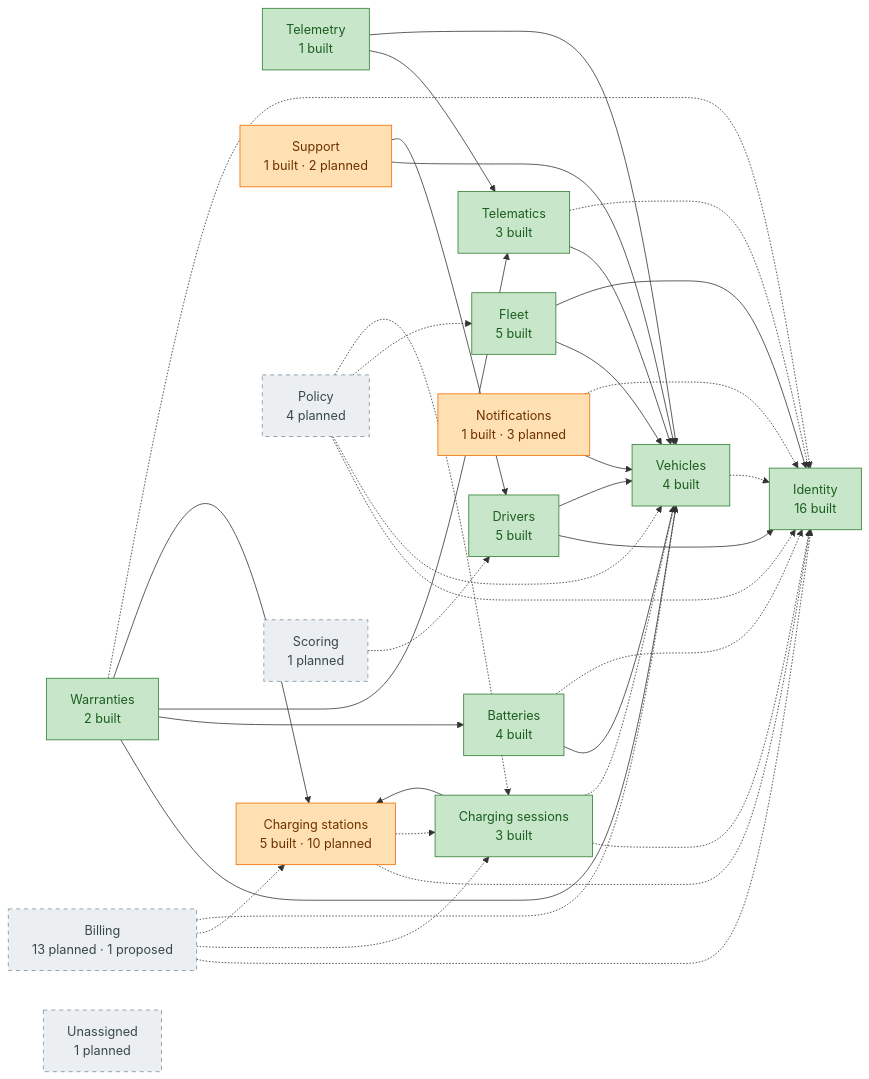
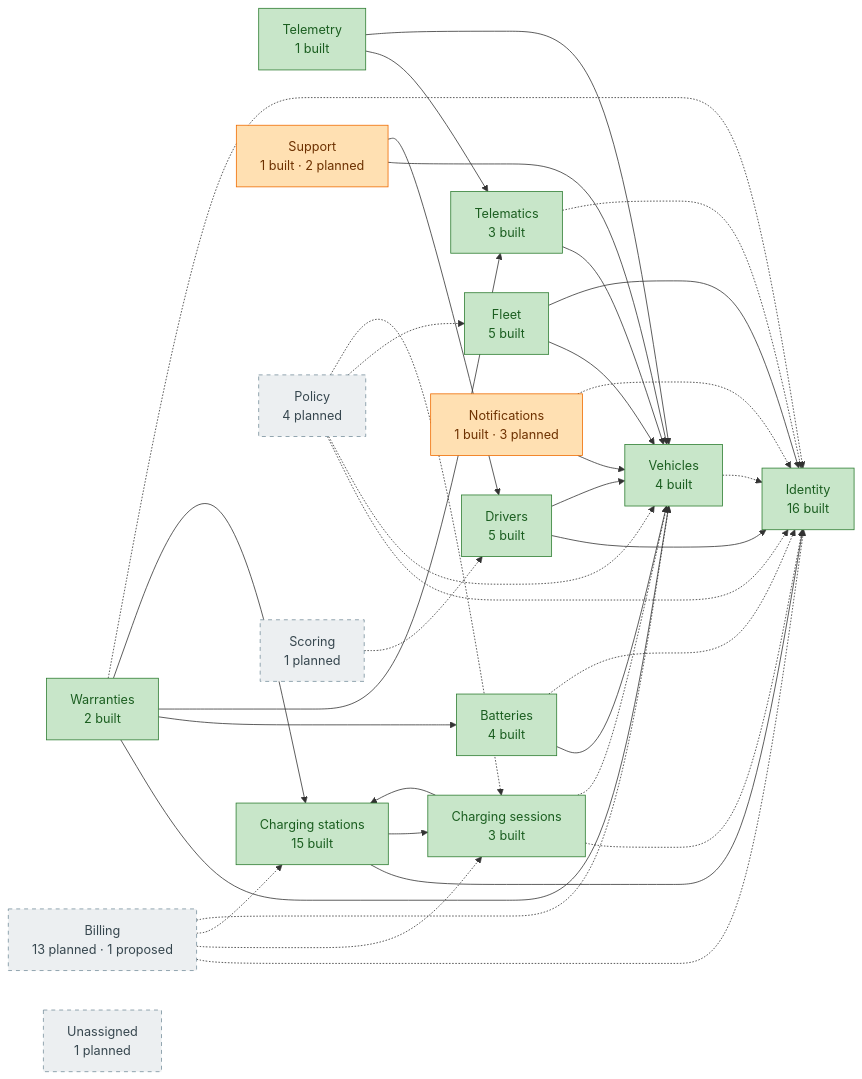
Before and after one commit to yolo-coccoc/G3Network-app: the diagram in docs/design/domain-model/overview.md, drawn with Mermaid. The commit also changed other lines of this file and 46 other files, not shown here.

First line of the commit message:
feat(charging-stations): build the stations group and the command channel (WP1)

````diff
--- a/docs/design/domain-model/overview.md
+++ b/docs/design/domain-model/overview.md
@@ -28,56 +28,56 @@
 ```mermaid
 flowchart LR
   identity["Identity<br/>16 built"]:::built
   vehicles["Vehicles<br/>4 built"]:::built
   batteries["Batteries<br/>4 built"]:::built
   warranties["Warranties<br/>2 built"]:::built
   telematics["Telematics<br/>3 built"]:::built
   telemetry["Telemetry<br/>1 built"]:::built
   drivers["Drivers<br/>5 built"]:::built
   fleet["Fleet<br/>5 built"]:::built
-  charging_stations["Charging stations<br/>5 built · 10 planned"]:::partial
+  charging_stations["Charging stations<br/>15 built"]:::built
   charging_sessions["Charging sessions<br/>3 built"]:::built
   notifications["Notifications<br/>1 built · 3 planned"]:::partial
   support["Support<br/>1 built · 2 planned"]:::partial
   policy["Policy<br/>4 planned"]:::planned
   billing["Billing<br/>13 planned · 1 proposed"]:::planned
   scoring["Scoring<br/>1 planned"]:::planned
   unassigned["Unassigned<br/>1 planned"]:::planned
   batteries --> vehicles
   warranties --> vehicles
   warranties --> batteries
   warranties --> telematics
   warranties --> charging_stations
   telematics --> vehicles
   telemetry --> telematics
   telemetry --> vehicles
   drivers --> identity
   drivers --> vehicles
   fleet --> vehicles
   fleet --> identity
-  charging_stations -.-> identity
-  charging_stations -.-> charging_sessions
+  charging_stations --> identity
+  charging_stations --> charging_sessions
   charging_sessions --> charging_stations
   charging_sessions -.-> identity
   charging_sessions -.-> vehicles
   notifications --> vehicles
   notifications -.-> identity
   support --> vehicles
   support --> drivers
   policy -.-> identity
   policy -.-> vehicles
   policy -.-> fleet
   policy -.-> charging_sessions
   billing -.-> identity
   billing -.-> charging_sessions
   billing -.-> charging_stations
   billing -.-> vehicles
   scoring -.-> drivers
   vehicles -.-> identity
   batteries -.-> identity
   warranties -.-> identity
   telematics -.-> identity
   classDef built fill:#C8E6C9,stroke:#2E7D32,color:#1B5E20
   classDef partial fill:#FFE0B2,stroke:#EF6C00,color:#6D3100
   classDef planned fill:#ECEFF1,stroke:#78909C,color:#37474F,stroke-dasharray:5 5
 ```
````
